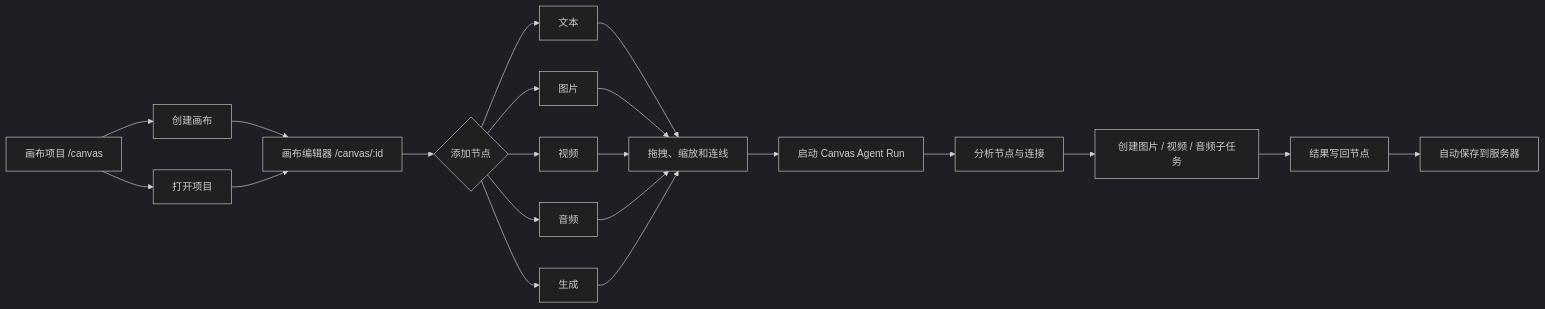
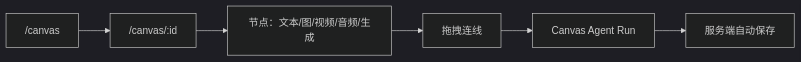
The fourth of 6 diagrams in README.md (jiujiu532/JoveCanvas), drawn with Mermaid (dark theme) before and after one commit. The commit also changed other lines of this file and 2 other files, not shown here.

````diff
--- a/README.md
+++ b/README.md
@@ -153,26 +134,8 @@
 ```mermaid
 flowchart LR
-    LIST["画布项目 /canvas"] --> CREATE["创建画布"]
-    LIST --> OPEN["打开项目"]
-    CREATE --> EDITOR["画布编辑器 /canvas/:id"]
-    OPEN --> EDITOR
-
-    EDITOR --> NODE{"添加节点"}
-    NODE --> TEXT["文本"]
-    NODE --> IMAGE["图片"]
-    NODE --> VIDEO["视频"]
-    NODE --> AUDIO["音频"]
-    NODE --> GENERATE["生成"]
-
-    TEXT --> CONNECT["拖拽、缩放和连线"]
-    IMAGE --> CONNECT
-    VIDEO --> CONNECT
-    AUDIO --> CONNECT
-    GENERATE --> CONNECT
-
-    CONNECT --> AGENT["启动 Canvas Agent Run"]
-    AGENT --> PLAN["分析节点与连接"]
-    PLAN --> TASK["创建图片 / 视频 / 音频子任务"]
-    TASK --> RESULT["结果写回节点"]
-    RESULT --> SAVE["自动保存到服务器"]
+    LIST["/canvas"] --> EDITOR["/canvas/:id"]
+    EDITOR --> NODE["节点：文本/图/视频/音频/生成"]
+    NODE --> CONNECT["拖拽连线"]
+    CONNECT --> RUN["Canvas Agent Run"]
+    RUN --> SAVE["服务端自动保存"]
 ```
````
